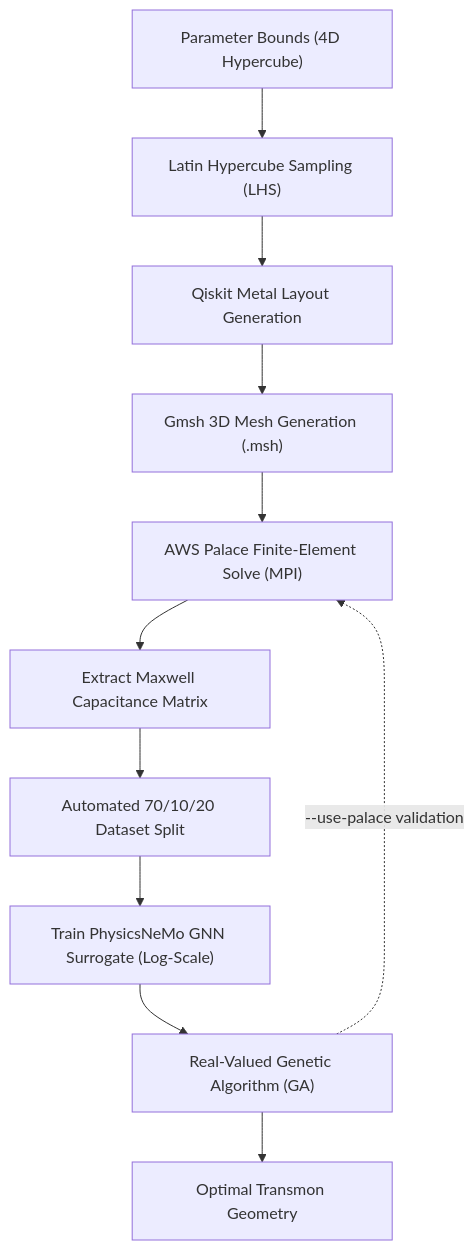
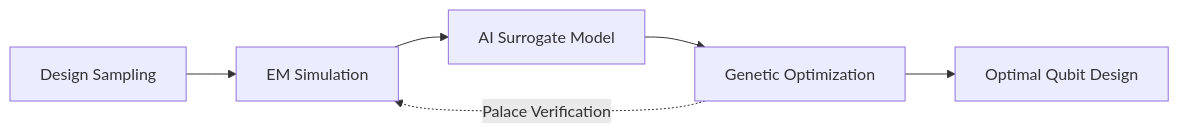
Before and after one commit to recursion2612/metal-flow: the diagram in Opt/Quantum_Opt_Pipeline/README.md, drawn with Mermaid. The commit also changed other lines of this file and 3 other files, not shown here.

Commit message:
docs: simplify architecture flowcharts to abstract horizontal blocks across README and docs

````diff
--- a/Opt/Quantum_Opt_Pipeline/README.md
+++ b/Opt/Quantum_Opt_Pipeline/README.md
@@ -34,13 +34,8 @@
 ```mermaid
-flowchart TD
-    A["Parameter Bounds (4D Hypercube)"] --> B["Latin Hypercube Sampling (LHS)"]
-    B --> C["Qiskit Metal Layout Generation"]
-    C --> D["Gmsh 3D Mesh Generation (.msh)"]
-    D --> E["AWS Palace Finite-Element Solve (MPI)"]
-    E --> F["Extract Maxwell Capacitance Matrix"]
-    F --> G["Automated 70/10/20 Dataset Split"]
-    G --> H["Train PhysicsNeMo GNN Surrogate (Log-Scale)"]
-    H --> I["Real-Valued Genetic Algorithm (GA)"]
-    I --> J["Optimal Transmon Geometry"]
-    I -.->|"--use-palace validation"| E
+flowchart LR
+    A["Design Sampling"] --> B["EM Simulation"]
+    B --> C["AI Surrogate Model"]
+    C --> D["Genetic Optimization"]
+    D --> E["Optimal Qubit Design"]
+    D -.->|"Palace Verification"| B
 ```
````
